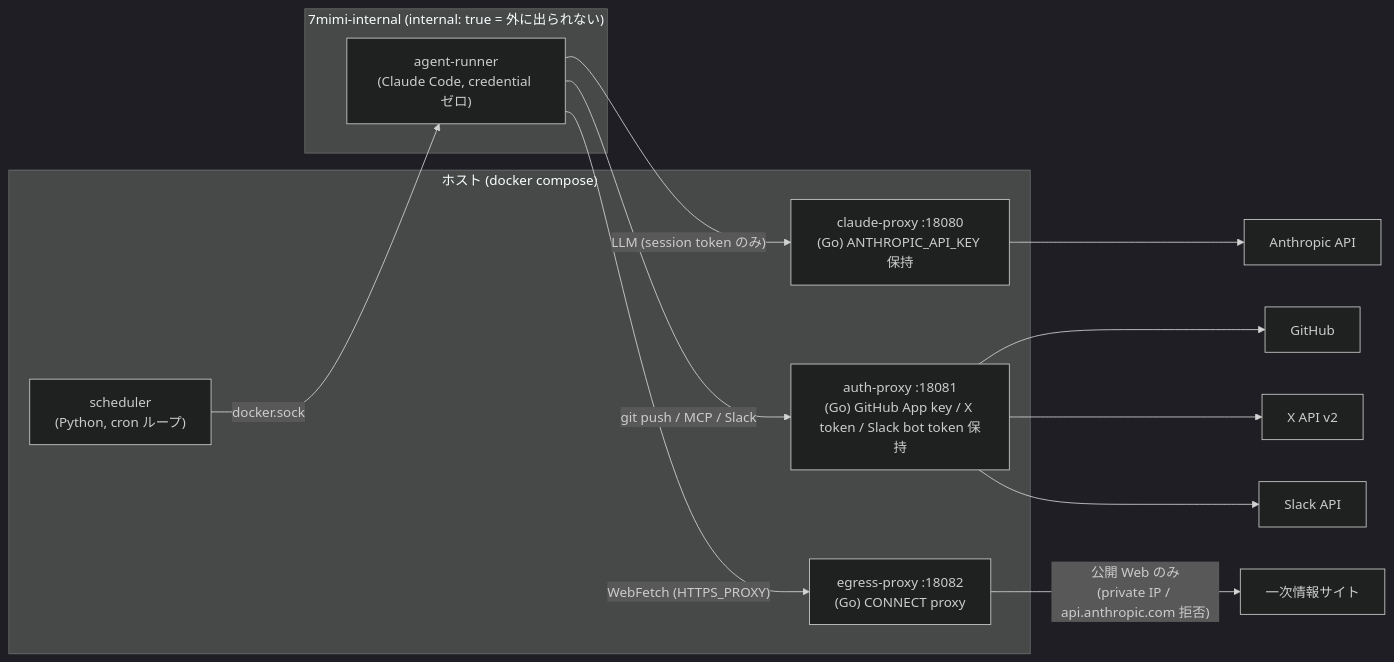
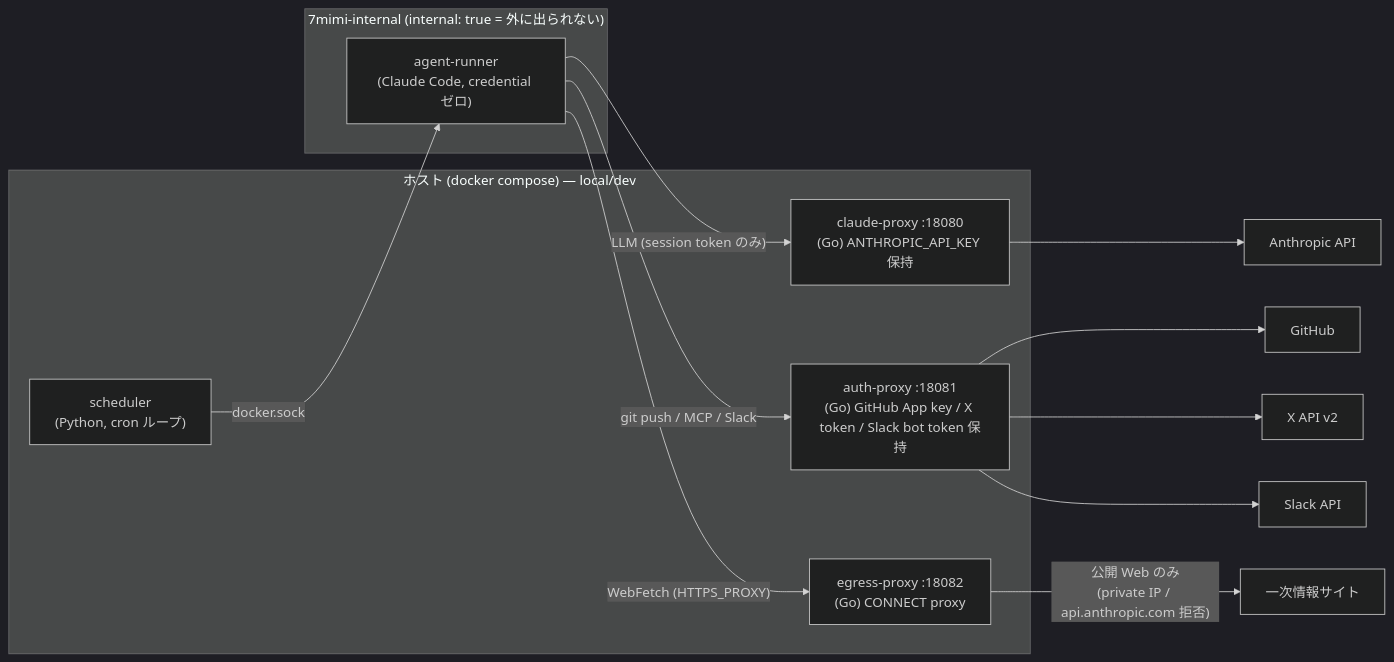
The first of 4 diagrams in docs/book/report.md (nishiog/7mimi-agent), drawn with Mermaid (dark theme) before and after one commit. The commit also changed other lines of this file and 8 other files, not shown here.

````diff
--- a/docs/book/report.md
+++ b/docs/book/report.md
@@ -89,19 +89,19 @@
 ```mermaid
 flowchart LR
-  subgraph host["ホスト (docker compose)"]
+  subgraph host["ホスト (docker compose) — local/dev"]
     SCH["scheduler<br/>(Python, cron ループ)"]
     CP["claude-proxy :18080<br/>(Go) ANTHROPIC_API_KEY 保持"]
     AP["auth-proxy :18081<br/>(Go) GitHub App key / X token / Slack bot token 保持"]
     EP["egress-proxy :18082<br/>(Go) CONNECT proxy"]
   end
   subgraph internal["7mimi-internal (internal: true = 外に出られない)"]
     RUN["agent-runner<br/>(Claude Code, credential ゼロ)"]
   end
   SCH -- docker.sock --> RUN
   RUN -- "LLM (session token のみ)" --> CP
   RUN -- "git push / MCP / Slack" --> AP
   RUN -- "WebFetch (HTTPS_PROXY)" --> EP
   CP --> ANT["Anthropic API"]
   AP --> GH["GitHub"] & X["X API v2"] & SL["Slack API"]
   EP -- "公開 Web のみ<br/>(private IP / api.anthropic.com 拒否)" --> WEB["一次情報サイト"]
 ```
````
